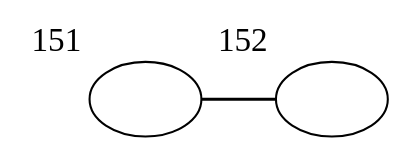
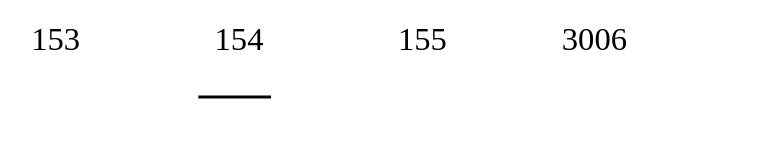
Before and after one commit to Sina1/4E1S: the diagram in GUI/WindowsFormsApplication1/bin/Debug/temp.dot, drawn with Graphviz. The commit also changed 13 other files, not shown here.

```diff
--- a/GUI/WindowsFormsApplication1/bin/Debug/temp.dot
+++ b/GUI/WindowsFormsApplication1/bin/Debug/temp.dot
@@ -1,10 +1,12 @@
 digraph G {
             graph [splines=ortho, nodesep=0.5 ranksep=1 margin=.1];
             edge [arrowhead=none,arrowtail=none ];
 
-            forcelabels=true;		{ rank=same 151 152 ;}
-		151[ xlabel="151" fontsize=16 label="" ];
-		152[ xlabel="152" fontsize=16 label="" ];
-		151 -> 152 [penwidth=1.5 shape=none ] ;
+            forcelabels=true;		{ rank=same 153 154 155 3006 ;}
+		153[ xlabel="153" fontsize=16 label="" color ="transparent"];
+		154[ xlabel="154" fontsize=16 label="" color ="transparent"];
+		155[ xlabel="155" fontsize=16 label="" color ="transparent"];
+		3006[ xlabel="3006" fontsize=16 label="" color ="transparent"];
+		153 -> 154 [penwidth=1.5 shape=none ] ;
 
 }
```
